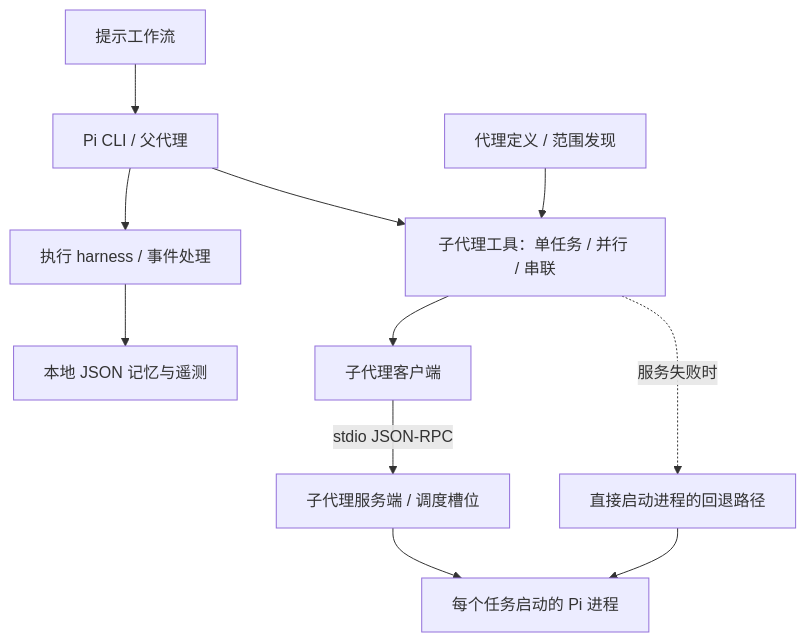
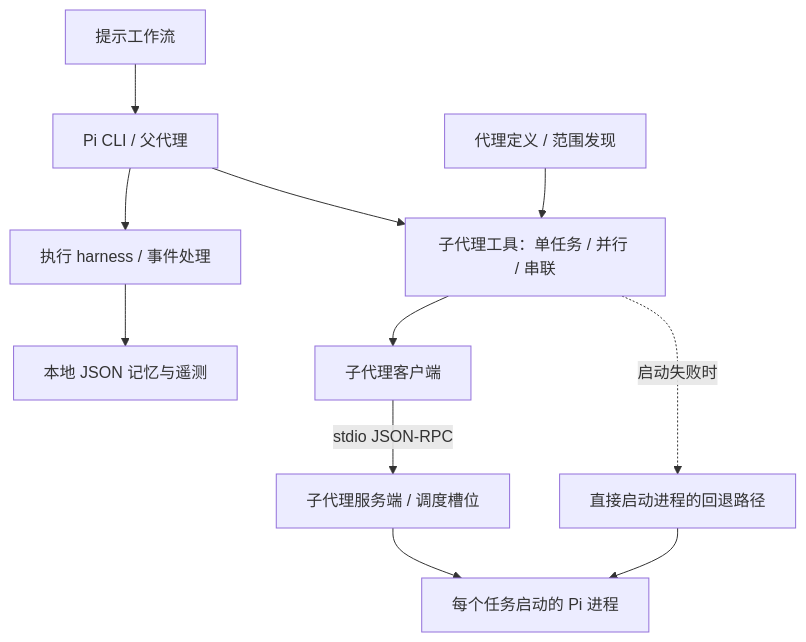
Before and after one commit to lavine888/pi-workbench: the diagram in README.zh-CN.md, drawn with Mermaid. The commit also changed other lines of this file and 21 other files, not shown here.

````diff
--- a/README.zh-CN.md
+++ b/README.zh-CN.md
@@ -130,13 +130,13 @@
 ```mermaid
 flowchart TD
     Prompts["提示工作流"] --> Pi["Pi CLI / 父代理"]
     Pi --> Harness["执行 harness / 事件处理"]
     Harness --> Data["本地 JSON 记忆与遥测"]
     Pi --> Tool["子代理工具：单任务 / 并行 / 串联"]
     Agents["代理定义 / 范围发现"] --> Tool
     Tool --> Client["子代理客户端"]
     Client -->|stdio JSON-RPC| Server["子代理服务端 / 调度槽位"]
     Server --> Children["每个任务启动的 Pi 进程"]
-    Tool -.->|服务失败时| Fallback["直接启动进程的回退路径"]
+    Tool -.->|启动失败时| Fallback["直接启动进程的回退路径"]
     Fallback --> Children
 ```
````
